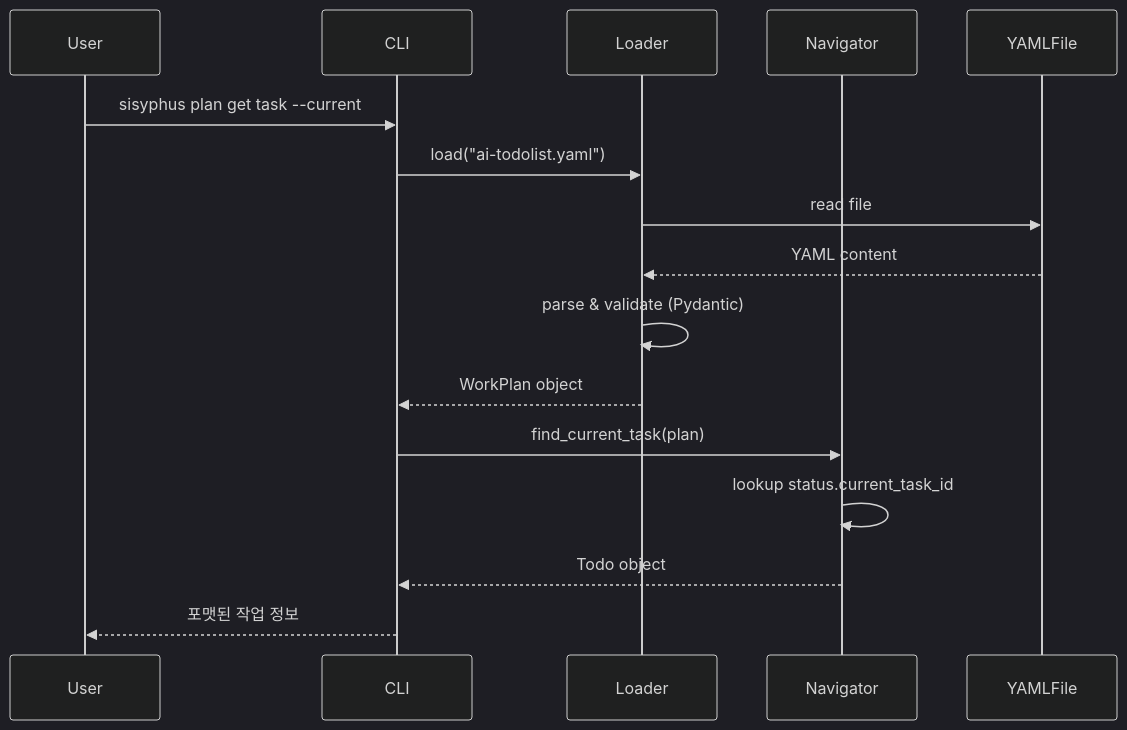
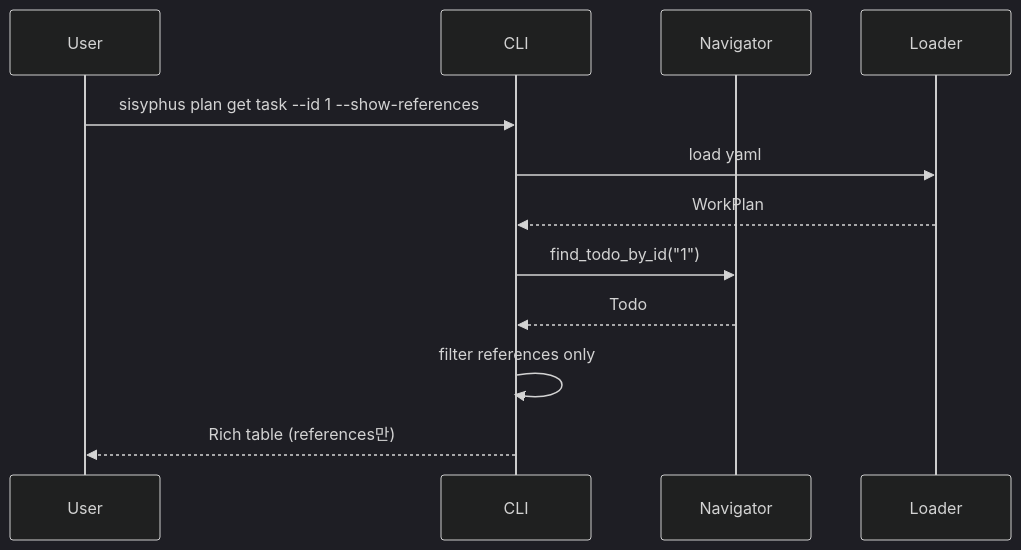
One commit to code-yeongyu/sisyphus-private changed the second of 3 diagrams in ai-todolist.md. Above: the diagram before and after it, drawn with Mermaid (dark theme). The commit also changed other lines of this file, not shown here.

Commit message:
fiat lux yaml 2

````diff
--- a/ai-todolist.md
+++ b/ai-todolist.md
@@ -276,19 +241,15 @@
 ```mermaid
 sequenceDiagram
     participant User
     participant CLI
+    participant Navigator
     participant Loader
-    participant Navigator
-    participant YAMLFile
 
-    User->>CLI: sisyphus plan get task --current
-    CLI->>Loader: load("ai-todolist.yaml")
-    Loader->>YAMLFile: read file
-    YAMLFile-->>Loader: YAML content
-    Loader->>Loader: parse & validate (Pydantic)
-    Loader-->>CLI: WorkPlan object
-    CLI->>Navigator: find_current_task(plan)
-    Navigator->>Navigator: lookup status.current_task_id
-    Navigator-->>CLI: Todo object
-    CLI-->>User: 포맷된 작업 정보
+    User->>CLI: sisyphus plan get task --id 1 --show-references
+    CLI->>Loader: load yaml
+    Loader-->>CLI: WorkPlan
+    CLI->>Navigator: find_todo_by_id("1")
+    Navigator-->>CLI: Todo
+    CLI->>CLI: filter references only
+    CLI-->>User: Rich table (references만)
 ```
````
